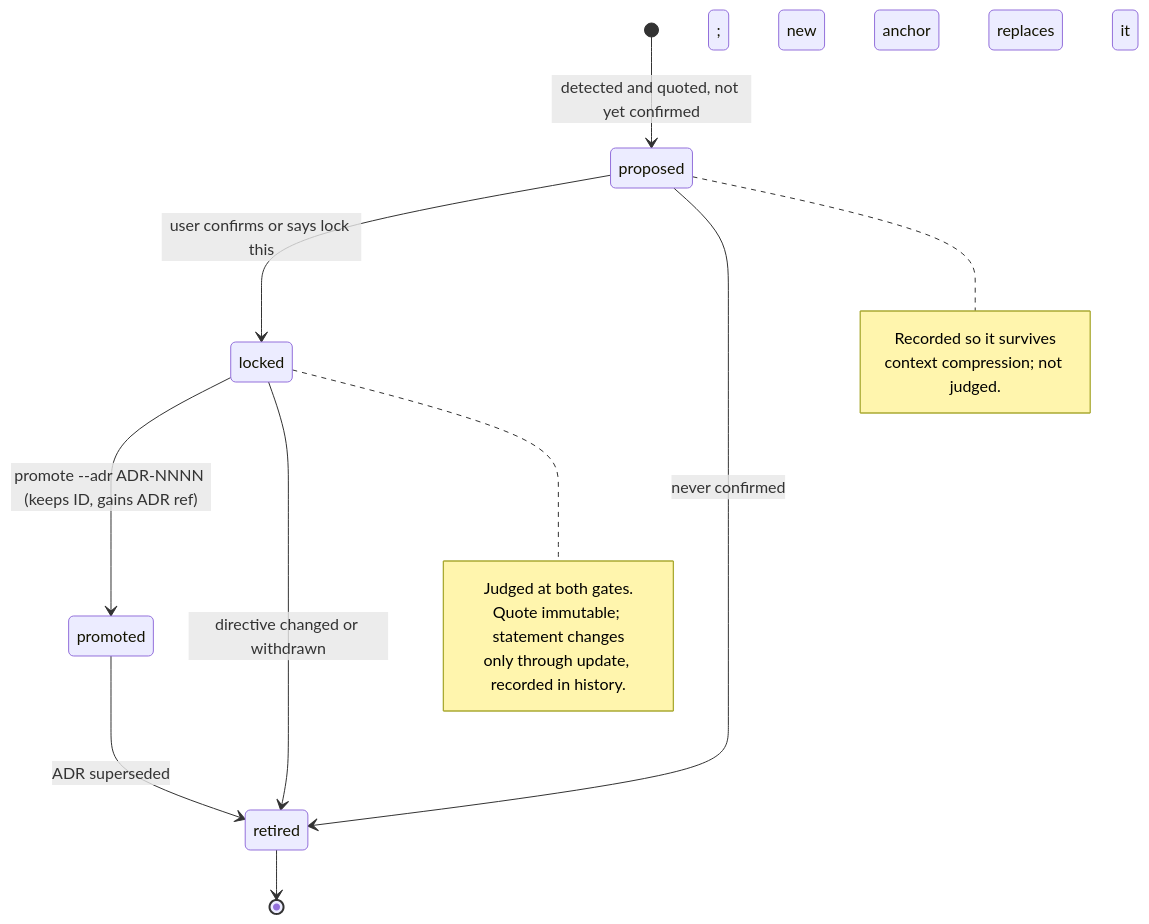
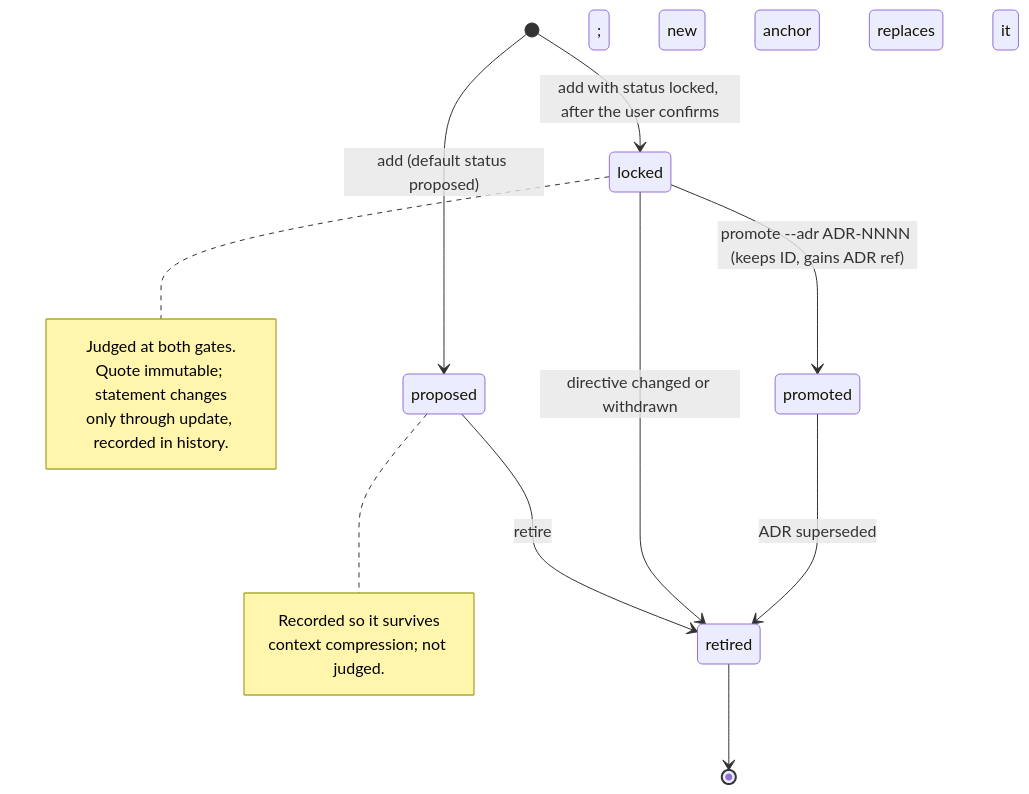
The fifth of 6 diagrams in docs/design/data-model-and-gating.md (randlee/plan-anchor), drawn with Mermaid before and after one commit. The commit also changed other lines of this file and 4 other files, not shown here.

````diff
--- a/docs/design/data-model-and-gating.md
+++ b/docs/design/data-model-and-gating.md
@@ -194,20 +210,20 @@
 ```mermaid
 stateDiagram-v2
-    [*] --> proposed : detected and quoted, not yet confirmed
-    proposed --> locked : user confirms or says lock this
-    proposed --> retired : never confirmed
+    [*] --> proposed : add (default status proposed)
+    [*] --> locked : add with status locked, after the user confirms
+    proposed --> retired : retire
     locked --> promoted : promote --adr ADR-NNNN (keeps ID, gains ADR ref)
     locked --> retired : directive changed or withdrawn; new anchor replaces it
     promoted --> retired : ADR superseded
     retired --> [*]
 
     note right of locked
         Judged at both gates.
         Quote immutable; statement changes
         only through update, recorded in history.
     end note
     note right of proposed
         Recorded so it survives
         context compression; not judged.
     end note
 ```
````
